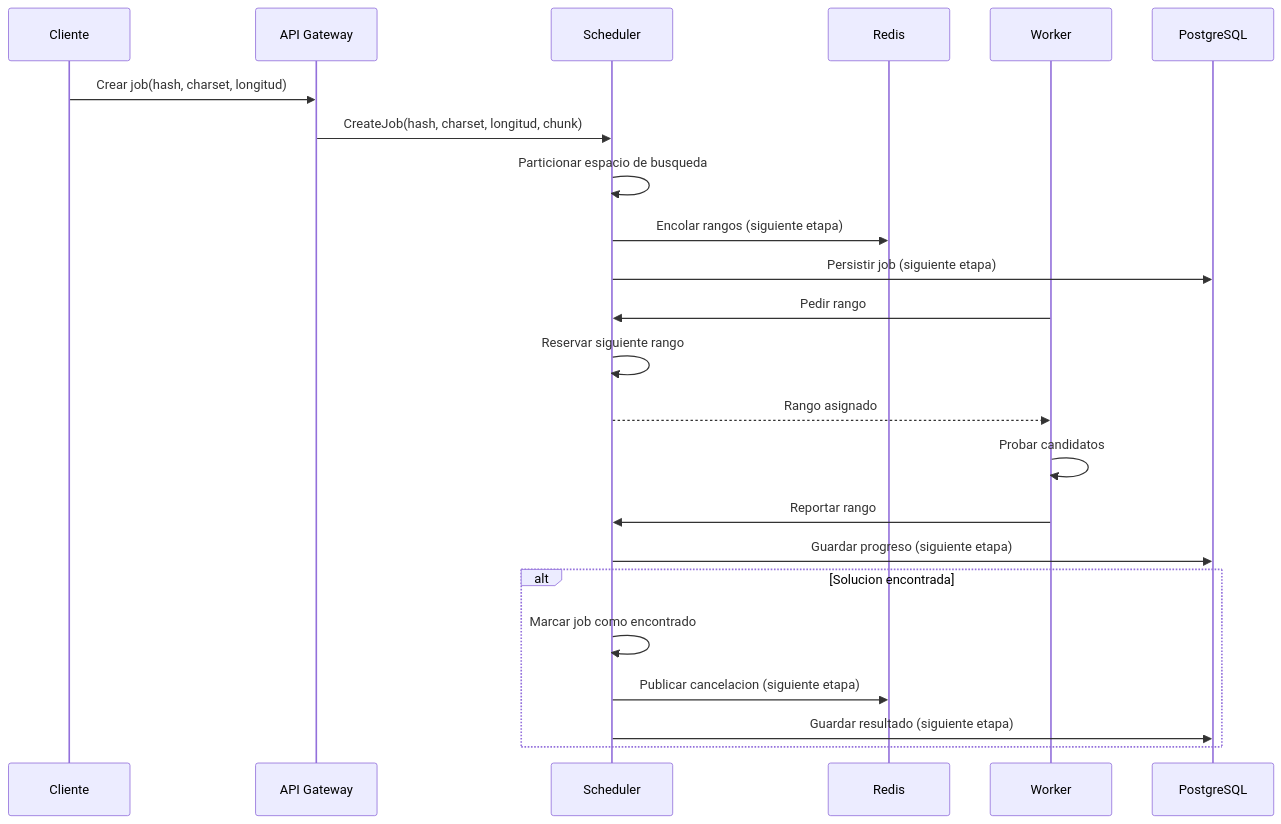
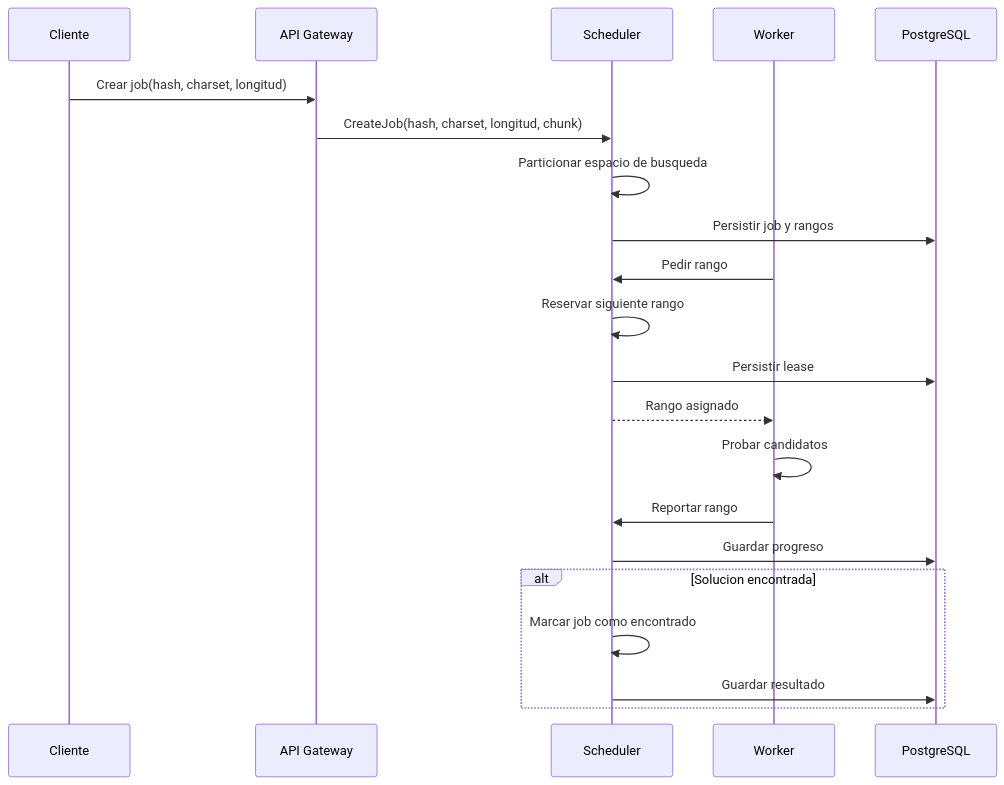
Before and after one commit to Luis-MB/tp-final-sdp: the diagram in docs/architecture/sequence-job.md, drawn with Mermaid. The commit also changed 20 other files, not shown here.

````diff
--- a/docs/architecture/sequence-job.md
+++ b/docs/architecture/sequence-job.md
@@ -3,26 +3,24 @@
 ```mermaid
 sequenceDiagram
   participant C as Cliente
   participant A as API Gateway
   participant S as Scheduler
-  participant R as Redis
   participant W as Worker
   participant P as PostgreSQL
 
   C->>A: Crear job(hash, charset, longitud)
   A->>S: CreateJob(hash, charset, longitud, chunk)
   S->>S: Particionar espacio de busqueda
-  S->>R: Encolar rangos (siguiente etapa)
-  S->>P: Persistir job (siguiente etapa)
+  S->>P: Persistir job y rangos
   W->>S: Pedir rango
   S->>S: Reservar siguiente rango
+  S->>P: Persistir lease
   S-->>W: Rango asignado
   W->>W: Probar candidatos
   W->>S: Reportar rango
-  S->>P: Guardar progreso (siguiente etapa)
+  S->>P: Guardar progreso
   alt Solucion encontrada
     S->>S: Marcar job como encontrado
-    S->>R: Publicar cancelacion (siguiente etapa)
-    S->>P: Guardar resultado (siguiente etapa)
+    S->>P: Guardar resultado
   end
 ```
````
